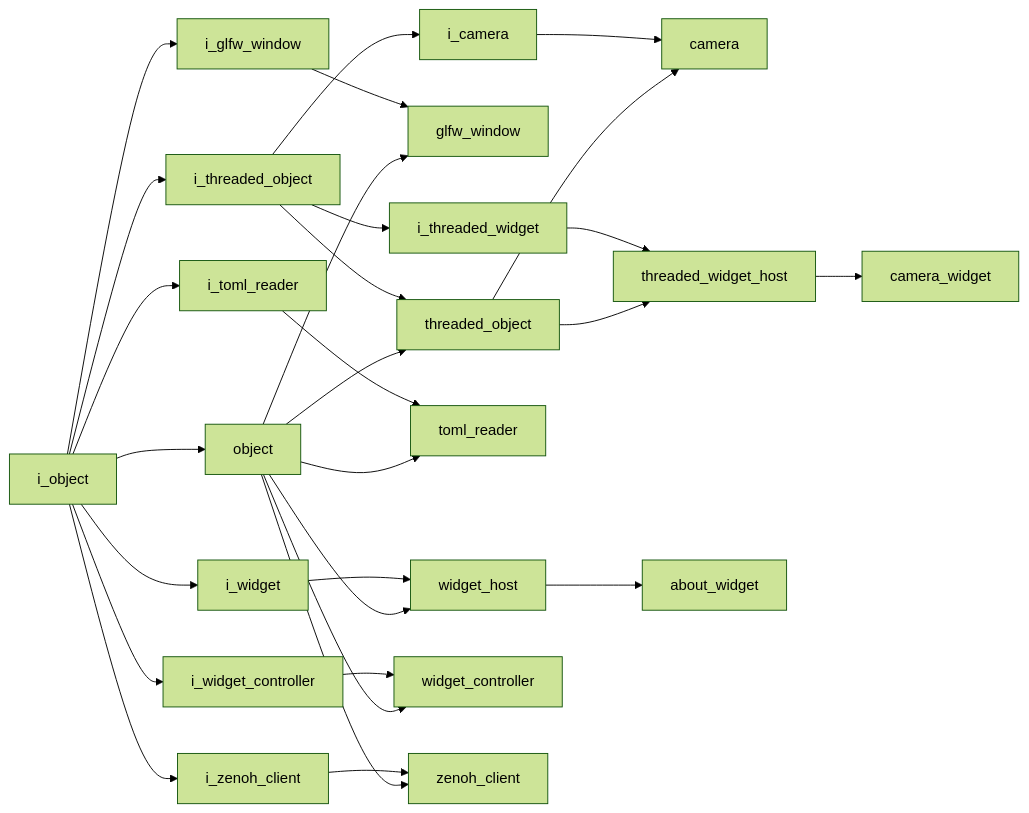
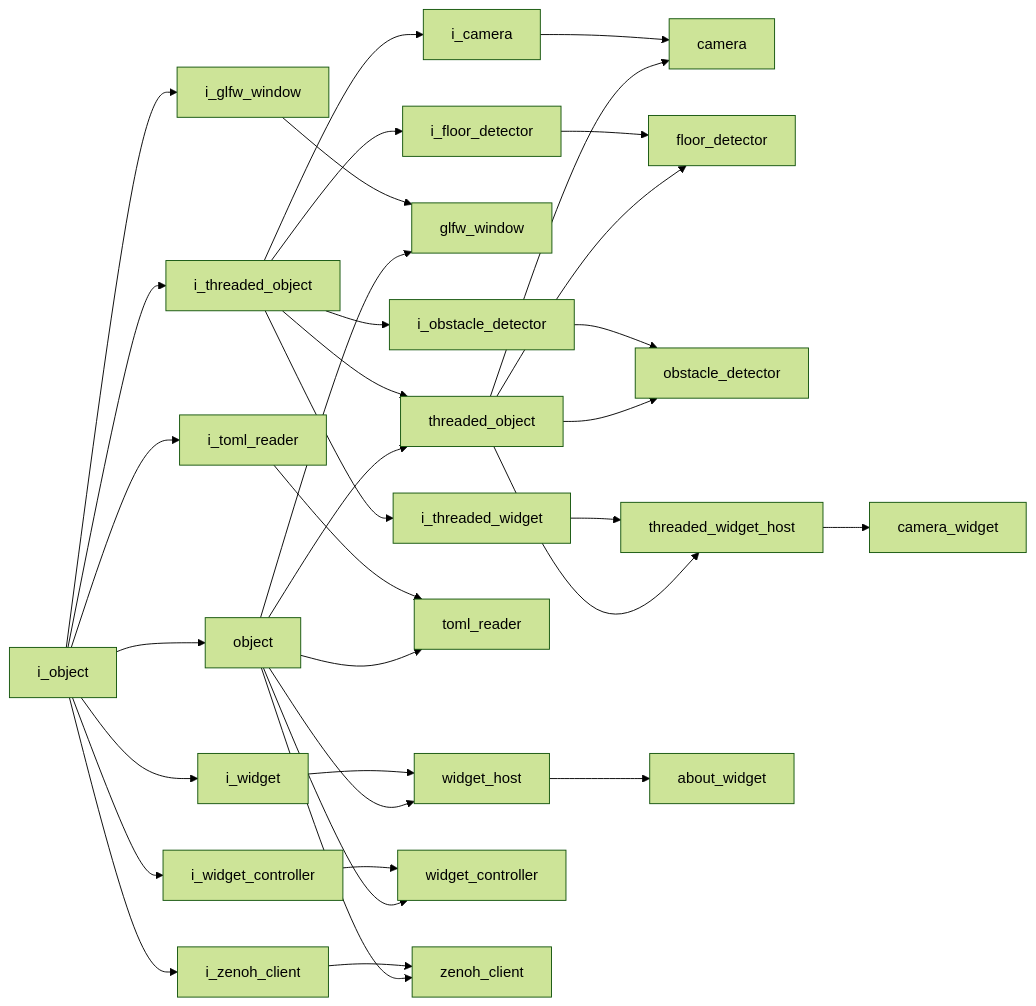
The diagram in docs/codebase/namespaces/index.md (kasper-szczerba/acs_wiki), drawn with Mermaid (forest theme) before and after one commit. The commit also changed 10 other files, not shown here.

````diff
--- a/docs/codebase/namespaces/index.md
+++ b/docs/codebase/namespaces/index.md
@@ -15,30 +15,36 @@
 ```mermaid
 graph LR
     i_camera["i_camera"] --> camera["camera"]
+    i_floor_detector["i_floor_detector"] --> floor_detector["floor_detector"]
     i_glfw_window["i_glfw_window"] --> glfw_window["glfw_window"]
     i_object["i_object"] --> i_glfw_window["i_glfw_window"]
     i_object["i_object"] --> i_threaded_object["i_threaded_object"]
     i_object["i_object"] --> i_toml_reader["i_toml_reader"]
     i_object["i_object"] --> i_widget["i_widget"]
     i_object["i_object"] --> i_widget_controller["i_widget_controller"]
     i_object["i_object"] --> i_zenoh_client["i_zenoh_client"]
     i_object["i_object"] --> object["object"]
+    i_obstacle_detector["i_obstacle_detector"] --> obstacle_detector["obstacle_detector"]
     i_threaded_object["i_threaded_object"] --> i_camera["i_camera"]
+    i_threaded_object["i_threaded_object"] --> i_floor_detector["i_floor_detector"]
+    i_threaded_object["i_threaded_object"] --> i_obstacle_detector["i_obstacle_detector"]
     i_threaded_object["i_threaded_object"] --> i_threaded_widget["i_threaded_widget"]
     i_threaded_object["i_threaded_object"] --> threaded_object["threaded_object"]
     i_threaded_widget["i_threaded_widget"] --> threaded_widget_host["threaded_widget_host"]
     i_toml_reader["i_toml_reader"] --> toml_reader["toml_reader"]
     i_widget["i_widget"] --> widget_host["widget_host"]
     i_widget_controller["i_widget_controller"] --> widget_controller["widget_controller"]
     i_zenoh_client["i_zenoh_client"] --> zenoh_client["zenoh_client"]
     object["object"] --> glfw_window["glfw_window"]
     object["object"] --> threaded_object["threaded_object"]
     object["object"] --> toml_reader["toml_reader"]
     object["object"] --> widget_controller["widget_controller"]
     object["object"] --> widget_host["widget_host"]
     object["object"] --> zenoh_client["zenoh_client"]
     threaded_object["threaded_object"] --> camera["camera"]
+    threaded_object["threaded_object"] --> floor_detector["floor_detector"]
+    threaded_object["threaded_object"] --> obstacle_detector["obstacle_detector"]
     threaded_object["threaded_object"] --> threaded_widget_host["threaded_widget_host"]
     threaded_widget_host["threaded_widget_host"] --> camera_widget["camera_widget"]
     widget_host["widget_host"] --> about_widget["about_widget"]
 ```
````
